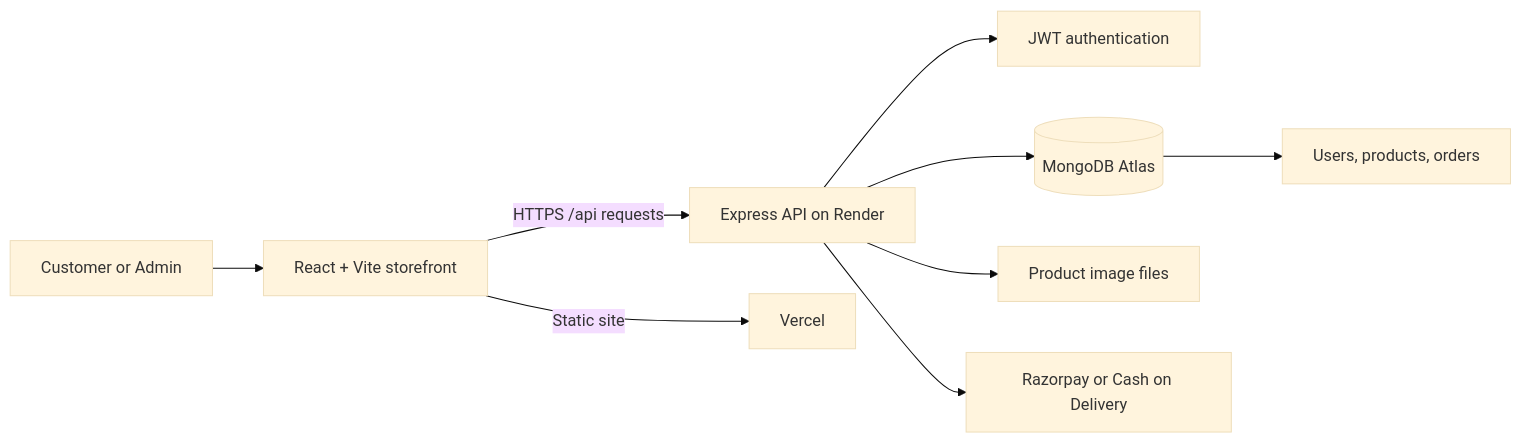
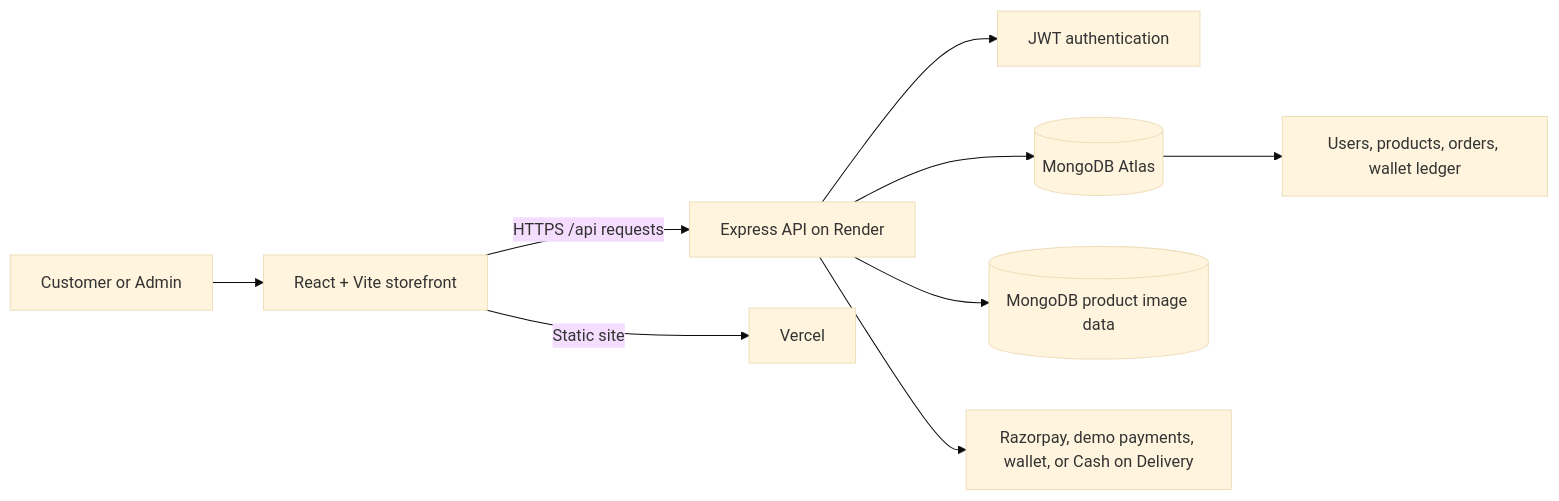
One commit to A-Thiyagarajan/E-Commerce-Website changed the first of 2 diagrams in README.md. Above: the diagram before and after it, drawn with Mermaid (base theme). The commit also changed other lines of this file and 32 other files, not shown here.

````diff
--- a/README.md
+++ b/README.md
@@ -20,11 +23,11 @@
 ```mermaid
 flowchart LR
     Customer[Customer or Admin] --> Web[React + Vite storefront]
     Web -->|HTTPS /api requests| API[Express API on Render]
     Web -->|Static site| Hosting[Vercel]
     API --> Auth[JWT authentication]
     API --> DB[(MongoDB Atlas)]
-    API --> Images[Product image files]
-    API --> Pay[Razorpay or Cash on Delivery]
-    DB --> Records[Users, products, orders]
+    API --> Images[(MongoDB product image data)]
+    API --> Pay[Razorpay, demo payments, wallet, or Cash on Delivery]
+    DB --> Records[Users, products, orders, wallet ledger]
 ```
````
